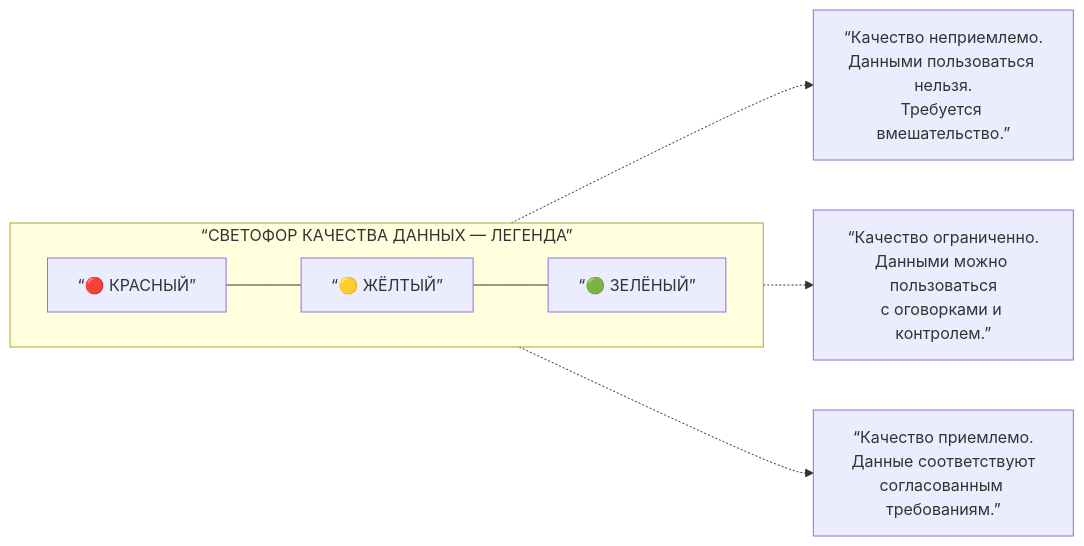
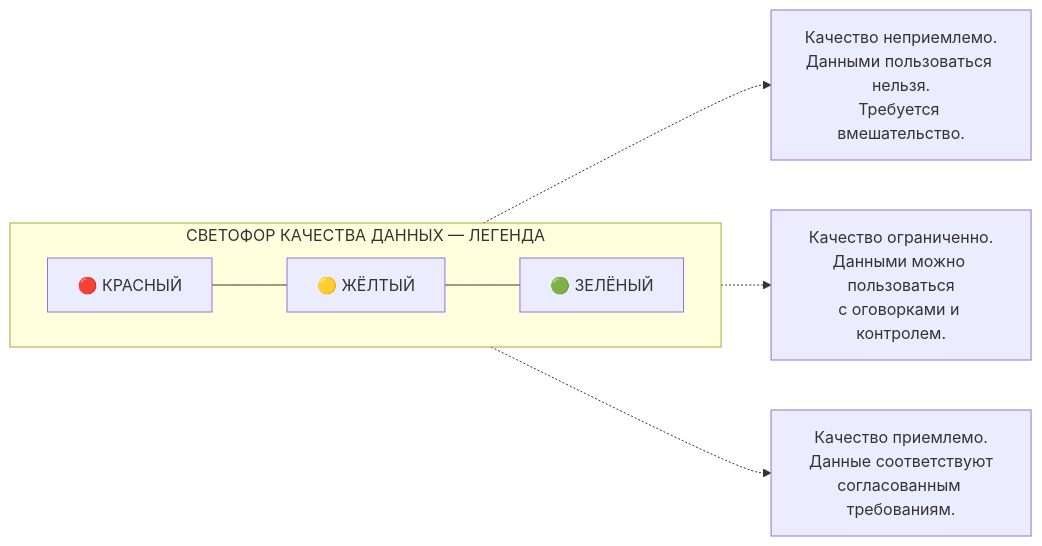
The fifth of 13 diagrams in EA/DataQuality/case/case1/course/course_v2.md (bpmbpm/doc), drawn with Mermaid before and after one commit. The commit also changed other lines of this file, not shown here.

````diff
--- a/EA/DataQuality/case/case1/course/course_v2.md
+++ b/EA/DataQuality/case/case1/course/course_v2.md
@@ -152,19 +124,19 @@
 ```mermaid
 flowchart LR
-    subgraph LEGEND [“СВЕТОФОР КАЧЕСТВА ДАННЫХ — ЛЕГЕНДА”]
+    subgraph LEGEND ["СВЕТОФОР КАЧЕСТВА ДАННЫХ — ЛЕГЕНДА"]
         direction LR
-        R[“🔴 КРАСНЫЙ”]
-        Y[“🟡 ЖЁЛТЫЙ”]
-        G[“🟢 ЗЕЛЁНЫЙ”]
+        R["🔴 КРАСНЫЙ"]
+        Y["🟡 ЖЁЛТЫЙ"]
+        G["🟢 ЗЕЛЁНЫЙ"]
     end
     
     R --- Y --- G
     
-    R_TEXT[“Качество неприемлемо.<br>Данными пользоваться нельзя.<br>Требуется вмешательство.”]
-    Y_TEXT[“Качество ограниченно.<br>Данными можно пользоваться<br>с оговорками и контролем.”]
-    G_TEXT[“Качество приемлемо.<br>Данные соответствуют<br>согласованным требованиям.”]
+    R_TEXT["Качество неприемлемо.<br>Данными пользоваться нельзя.<br>Требуется вмешательство."]
+    Y_TEXT["Качество ограниченно.<br>Данными можно пользоваться<br>с оговорками и контролем."]
+    G_TEXT["Качество приемлемо.<br>Данные соответствуют<br>согласованным требованиям."]
     
     R -.-> R_TEXT
     Y -.-> Y_TEXT
     G -.-> G_TEXT
 ```
````
